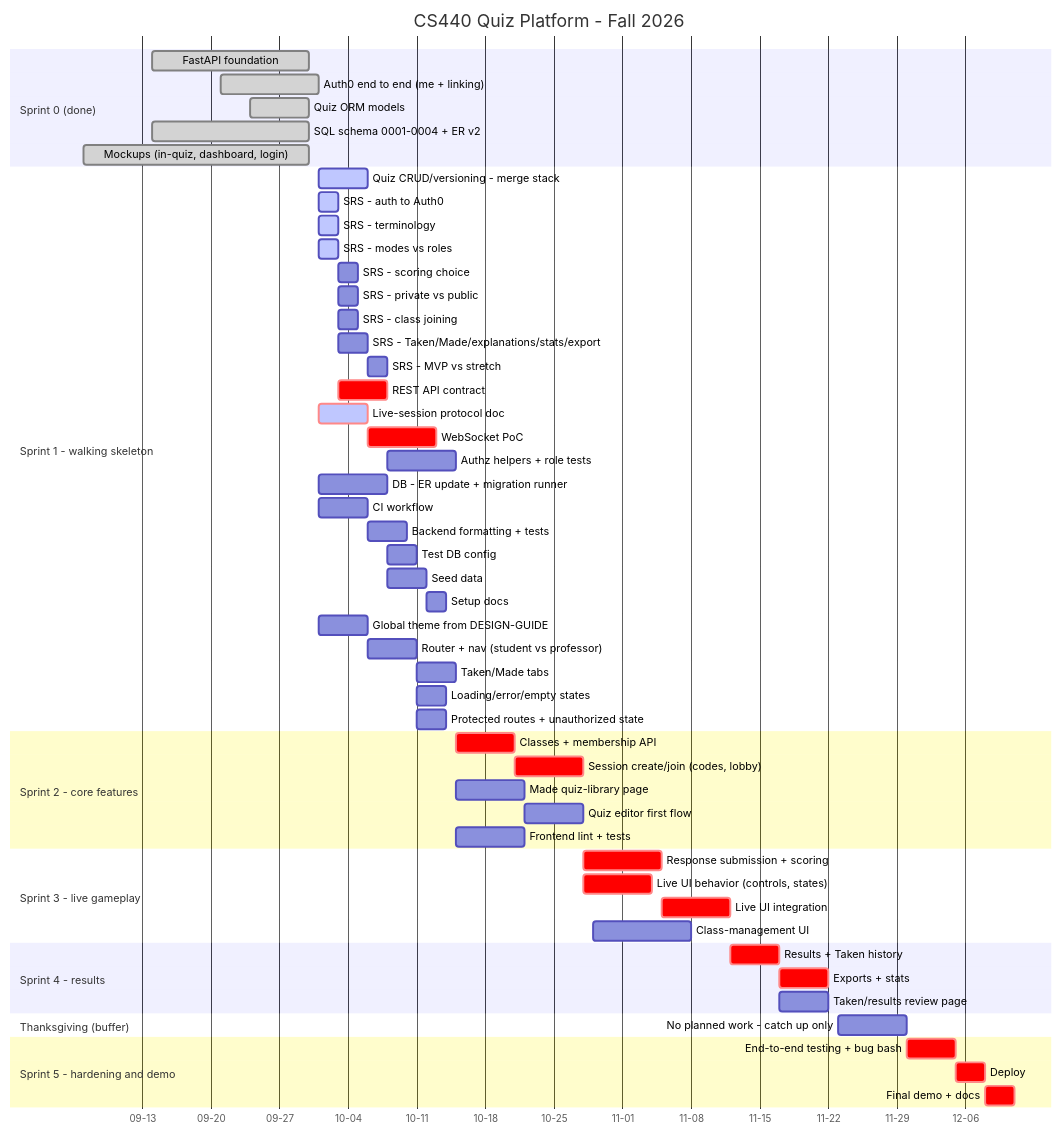
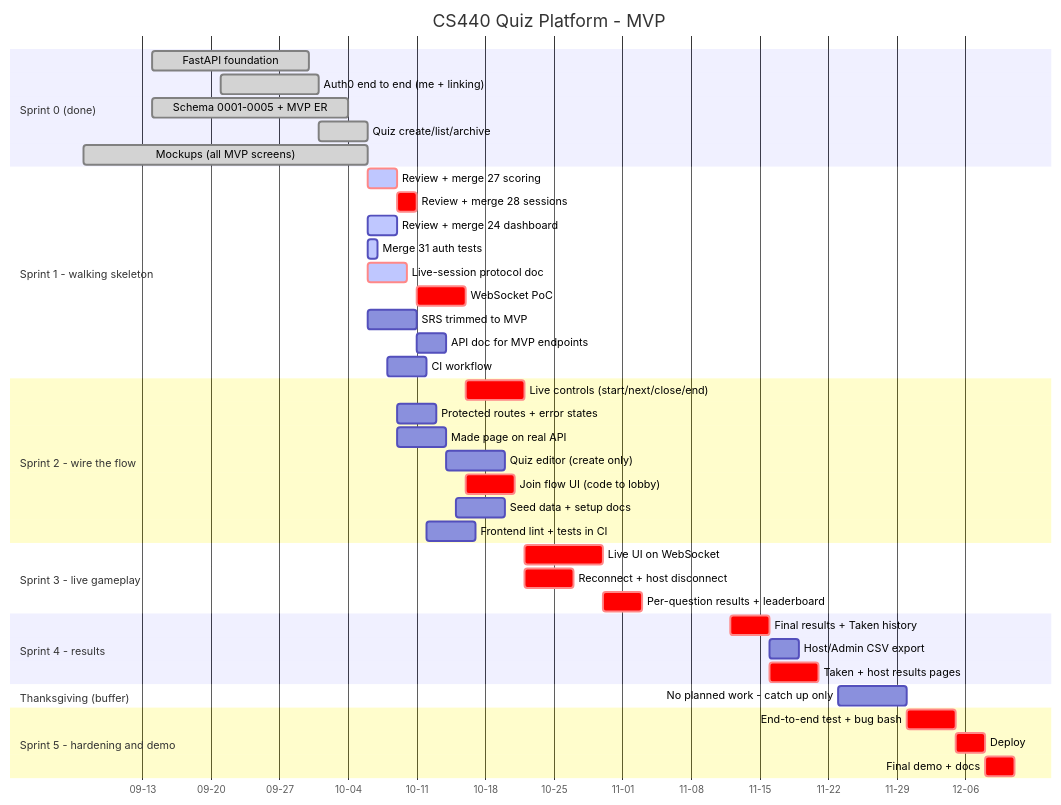
The first of 2 diagrams in docs/ROADMAP.md (sudo-nickPinto/CS440-Quiz-Platform), drawn with Mermaid before and after one commit. The commit also changed other lines of this file, not shown here.

First line of the commit message:
Trim roadmap to the agreed MVP scope

````diff
--- a/docs/ROADMAP.md
+++ b/docs/ROADMAP.md
@@ -23,65 +32,51 @@
 ```mermaid
 gantt
-    title CS440 Quiz Platform - Fall 2026
+    title CS440 Quiz Platform - MVP
     dateFormat YYYY-MM-DD
     axisFormat %m-%d
 
     section Sprint 0 (done)
     FastAPI foundation                       :done, s0_api, 2026-09-14, 2026-09-30
     Auth0 end to end (me + linking)          :done, s0_auth, 2026-09-21, 2026-10-01
-    Quiz ORM models                          :done, s0_orm, 2026-09-24, 2026-09-30
-    SQL schema 0001-0004 + ER v2             :done, s0_schema, 2026-09-14, 2026-09-30
-    Mockups (in-quiz, dashboard, login)      :done, s0_mock, 2026-09-07, 2026-09-30
+    Schema 0001-0005 + MVP ER                :done, s0_schema, 2026-09-14, 2026-10-04
+    Quiz create/list/archive                 :done, s0_quiz, 2026-10-01, 2026-10-06
+    Mockups (all MVP screens)                :done, s0_mock, 2026-09-07, 2026-10-06
 
     section Sprint 1 - walking skeleton
-    Quiz CRUD/versioning - merge stack       :active, quiz_stack, 2026-10-01, 5d
-    SRS - auth to Auth0                      :active, srs_auth, 2026-10-01, 2d
-    SRS - terminology                        :active, srs_terms, 2026-10-01, 2d
-    SRS - modes vs roles                     :active, srs_modes, 2026-10-01, 2d
-    SRS - scoring choice                     :srs_scoring, after srs_modes, 2d
-    SRS - private vs public                  :srs_private, after srs_modes, 2d
-    SRS - class joining                      :srs_join, after srs_modes, 2d
-    SRS - Taken/Made/explanations/stats/export :srs_pages, after srs_terms, 3d
-    SRS - MVP vs stretch                     :srs_mvp, after srs_scoring srs_private srs_join srs_pages, 2d
-    REST API contract                        :crit, api_contract, after srs_modes, 5d
-    Live-session protocol doc                :crit, active, ws_protocol, 2026-10-01, 5d
-    WebSocket PoC                            :crit, ws_poc, after ws_protocol, 7d
-    Authz helpers + role tests               :authz, 2026-10-08, 7d
-    DB - ER update + migration runner        :db_final, 2026-10-01, 7d
-    CI workflow                              :q_ci, 2026-10-01, 5d
-    Backend formatting + tests               :q_betest, after q_ci, 4d
-    Test DB config                           :q_testdb, after db_final, 3d
-    Seed data                                :q_seed, after db_final, 4d
-    Setup docs                               :q_docs, after q_seed, 2d
-    Global theme from DESIGN-GUIDE           :fe_theme, 2026-10-01, 5d
-    Router + nav (student vs professor)      :fe_router, after fe_theme, 5d
-    Taken/Made tabs                          :fe_tabs, after fe_router, 4d
-    Loading/error/empty states               :fe_states, after fe_router, 3d
-    Protected routes + unauthorized state    :fe_protect, after fe_router, 3d
+    Review + merge 27 scoring                :crit, active, m_scoring, 2026-10-06, 3d
+    Review + merge 28 sessions               :crit, m_sessions, after m_scoring, 2d
+    Review + merge 24 dashboard              :active, m_dash, 2026-10-06, 3d
+    Merge 31 auth tests                      :active, m_authtest, 2026-10-06, 1d
+    Live-session protocol doc                :crit, active, ws_protocol, 2026-10-06, 4d
+    WebSocket PoC                            :crit, ws_poc, after ws_protocol m_sessions, 5d
+    SRS trimmed to MVP                       :srs, 2026-10-06, 5d
+    API doc for MVP endpoints                :api_doc, after m_sessions, 3d
+    CI workflow                              :q_ci, 2026-10-08, 4d
 
-    section Sprint 2 - core features
-    Classes + membership API                 :crit, be_classes, after api_contract authz, 6d
-    Session create/join (codes, lobby)       :crit, be_sessions, after be_classes ws_poc, 7d
-    Made quiz-library page                   :fe_made, after fe_tabs quiz_stack, 7d
-    Quiz editor first flow                   :fe_editor, after fe_made, 6d
-    Frontend lint + tests                    :q_fetest, 2026-10-15, 7d
+    section Sprint 2 - wire the flow
+    Live controls (start/next/close/end)     :crit, be_live, after ws_poc, 6d
+    Protected routes + error states          :fe_protect, after m_dash, 4d
+    Made page on real API                    :fe_made, after m_dash, 5d
+    Quiz editor (create only)                :fe_editor, after fe_made, 6d
+    Join flow UI (code to lobby)             :crit, fe_join, after m_dash ws_poc, 5d
+    Seed data + setup docs                   :q_seed, 2026-10-15, 5d
+    Frontend lint + tests in CI              :q_fetest, after q_ci, 5d
 
     section Sprint 3 - live gameplay
-    Response submission + scoring            :crit, be_scoring, after be_sessions, 8d
-    Live UI behavior (controls, states)      :crit, fe_live_ui, after ws_poc be_sessions, 7d
-    Live UI integration                      :crit, fe_live_int, after fe_live_ui be_scoring, 7d
-    Class-management UI                      :fe_classes, 2026-10-29, 10d
+    Live UI on WebSocket                     :crit, fe_live, after be_live fe_join, 8d
+    Reconnect + host disconnect              :crit, be_reconnect, after be_live, 5d
+    Per-question results + leaderboard       :crit, live_board, after fe_live, 4d
 
     section Sprint 4 - results
-    Results + Taken history                  :crit, be_results, after fe_live_int, 5d
-    Exports + stats                          :crit, be_export, after be_results, 5d
-    Taken/results review page                :fe_review, after be_results, 5d
+    Final results + Taken history            :crit, be_results, 2026-11-12, 4d
+    Host/Admin CSV export                    :be_export, after be_results, 3d
+    Taken + host results pages               :crit, fe_results, after be_results, 5d
 
     section Thanksgiving (buffer)
     No planned work - catch up only          :thanks, 2026-11-23, 7d
 
     section Sprint 5 - hardening and demo
-    End-to-end testing + bug bash            :crit, e2e, after thanks be_export fe_review, 5d
+    End-to-end test + bug bash               :crit, e2e, after thanks fe_results be_export, 5d
     Deploy                                   :crit, deploy, after e2e, 3d
     Final demo + docs                        :crit, demo, after deploy, 3d
 ```
````
